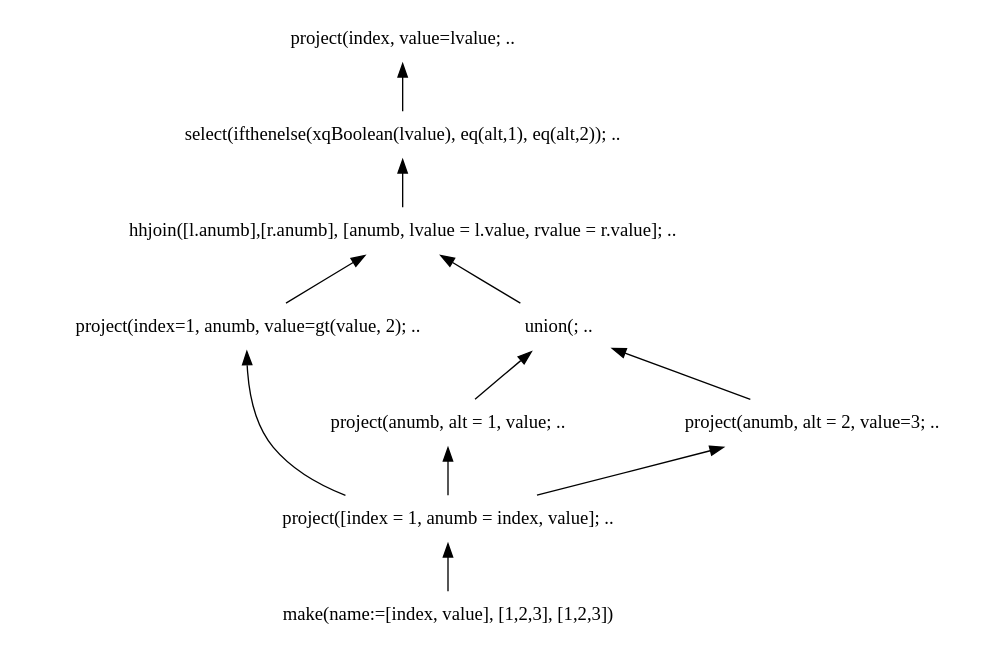
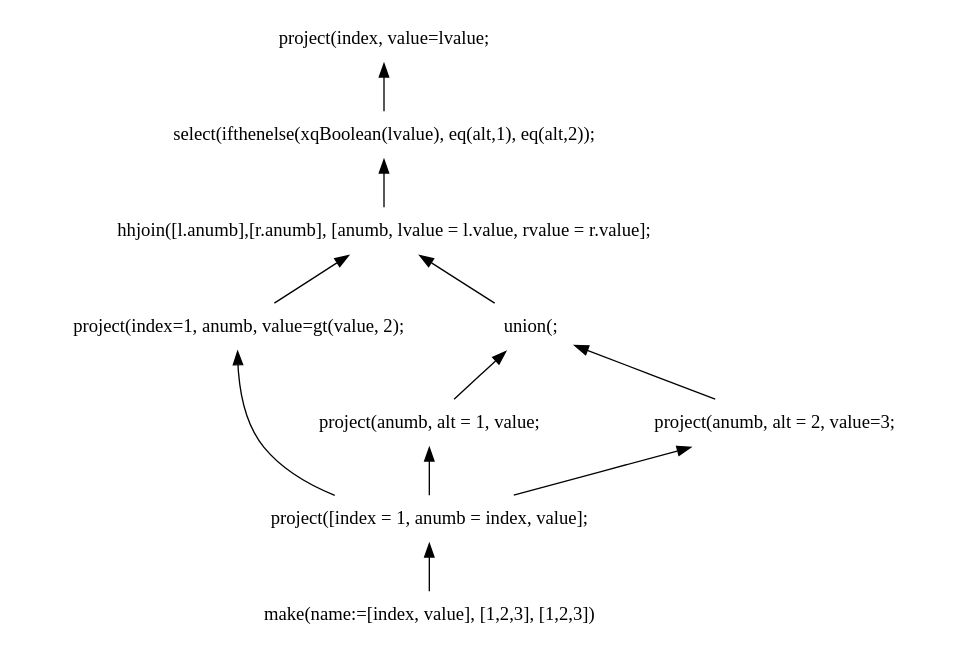
Before and after one commit to andrerav/xqft-parser: the diagram in doc/graph_src/ifthenelse_dag.dot, drawn with Graphviz. The commit also changed 18 other files, not shown here.

```diff
--- a/doc/graph_src/ifthenelse_dag.dot
+++ b/doc/graph_src/ifthenelse_dag.dot
@@ -1,30 +1,30 @@
 digraph AST {
 edge [color=black, dir=both, weight=1, fontcolor=black, fontname=Helvetica, arrowhead=none,arrowtail=normal]
 node [shape=plaintext]
 
 project123->make123
 make123 [label="make(name:=[index, value], [1,2,3], [1,2,3])"]
 //make2 [label="make(name:=[index, value],[1], [2])"]
-project123 [label="project([index = 1, anumb = index, value]; .."]
+project123 [label="project([index = 1, anumb = index, value];"]
 
-project1 [label="project(index, value=lvalue; .."]
-project2 [label="project(anumb, alt = 1, value; .."]
-project3 [label="project(anumb, alt = 2, value=3; .."]
-project4 [label="project(index=1, anumb, value=gt(value, 2); .."]
+project1 [label="project(index, value=lvalue;"]
+project2 [label="project(anumb, alt = 1, value;"]
+project3 [label="project(anumb, alt = 2, value=3;"]
+project4 [label="project(index=1, anumb, value=gt(value, 2);"]
 
-select1 [label="select(ifthenelse(xqBoolean(lvalue), eq(alt,1), eq(alt,2)); .."]
+select1 [label="select(ifthenelse(xqBoolean(lvalue), eq(alt,1), eq(alt,2));"]
 
-hhjoin1 [label="hhjoin([l.anumb],[r.anumb], [anumb, lvalue = l.value, rvalue = r.value]; .."]
+hhjoin1 [label="hhjoin([l.anumb],[r.anumb], [anumb, lvalue = l.value, rvalue = r.value];"]
 
-union1 [label="union(; .."]
+union1 [label="union(;"]
 
 project1->select1
   select1->hhjoin1
     hhjoin1->union1
       union1->project2
         project2->project123
       union1->project3
         project3->project123
     hhjoin1->project4
       project4->project123
 }
```
